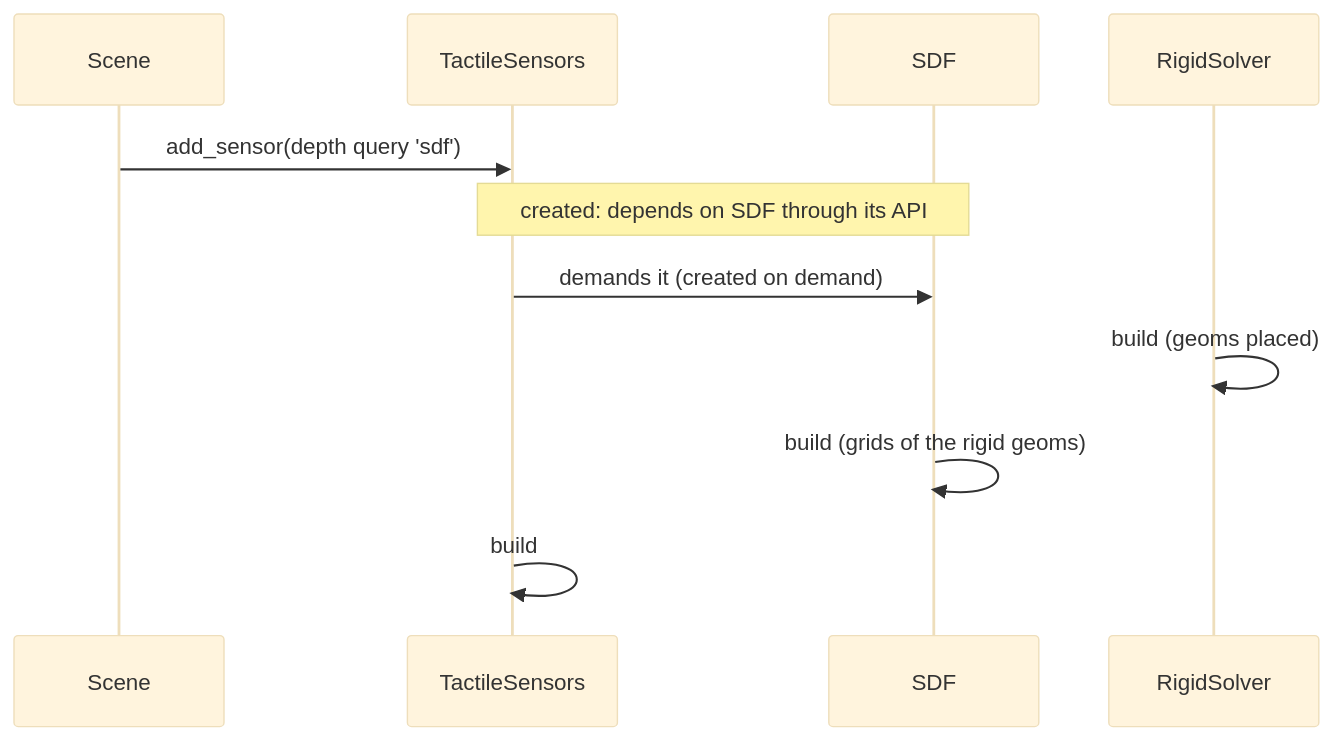
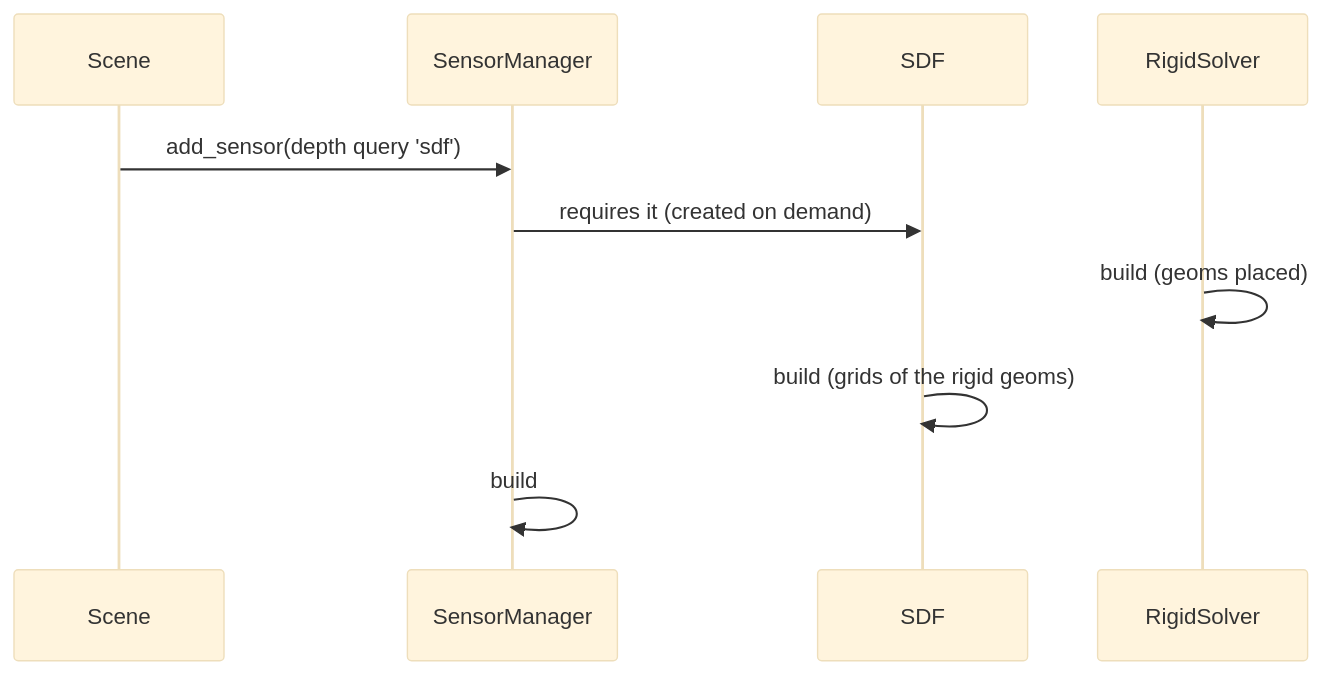
One commit to duburcqa/Genesis changed the ninth of 12 diagrams in .github/contributing/PIPELINE.md. Above: the diagram before and after it, drawn with Mermaid (base theme). The commit also changed other lines of this file and 24 other files, not shown here.

````diff
--- a/.github/contributing/PIPELINE.md
+++ b/.github/contributing/PIPELINE.md
@@ -393,13 +400,12 @@
 ```mermaid
 sequenceDiagram
     participant Scene
-    participant Tactile as TactileSensors
+    participant Tactile as SensorManager
     participant SDF
     participant Rigid as RigidSolver
     Scene->>Tactile: add_sensor(depth query 'sdf')
-    Note over Tactile,SDF: created: depends on SDF through its API
-    Tactile->>SDF: demands it (created on demand)
+    Tactile->>SDF: requires it (created on demand)
     Rigid->>Rigid: build (geoms placed)
     SDF->>SDF: build (grids of the rigid geoms)
     Tactile->>Tactile: build
 ```
````
